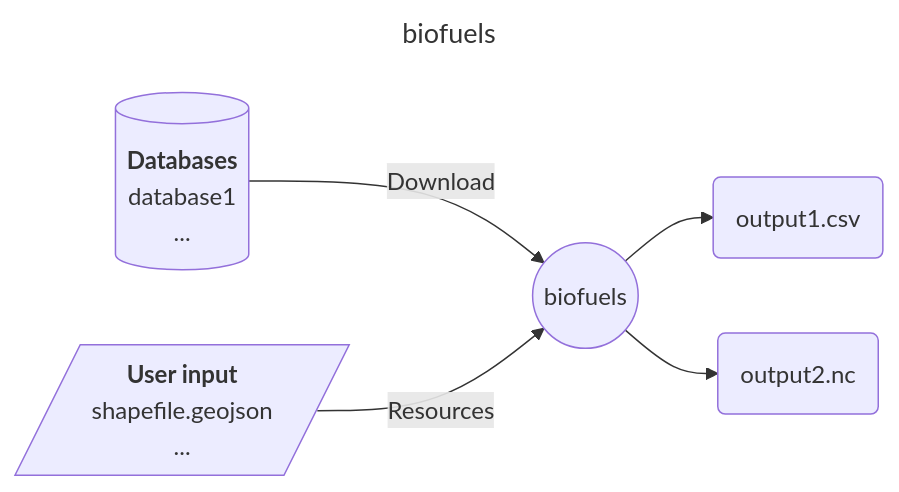
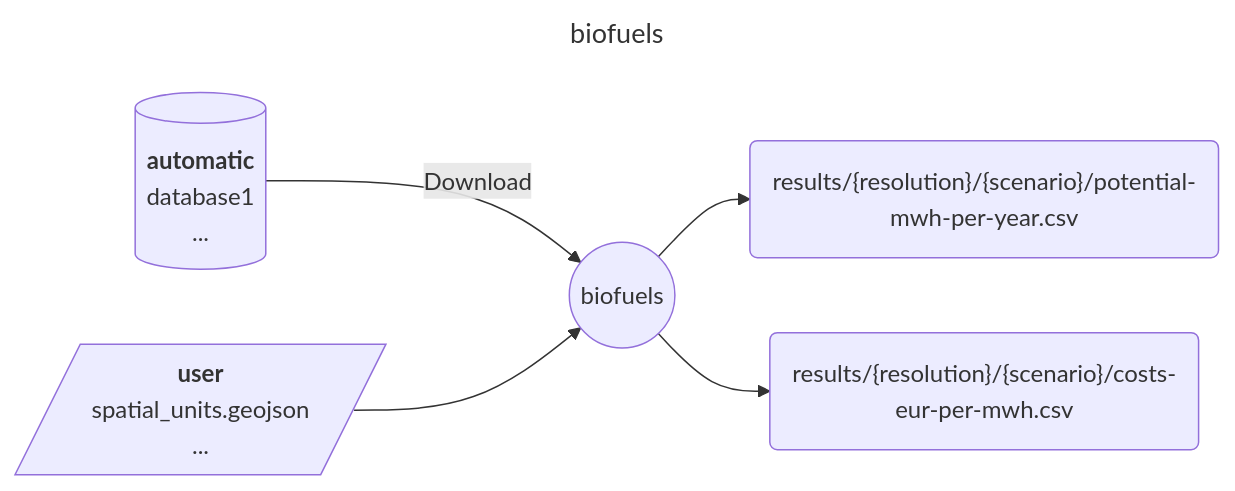
The diagram in modules/biofuels/README.md (calliope-project/ec_modules), drawn with Mermaid before and after one commit. The commit also changed other lines of this file and 3 other files, not shown here.

````diff
--- a/modules/biofuels/README.md
+++ b/modules/biofuels/README.md
@@ -9,20 +9,20 @@
 ```mermaid
 ---
 title: biofuels
 ---
 flowchart LR
-    D1[("`**Databases**
+    D1[("`**automatic**
         database1
         ...
     `")] --> |Download| M
-    C1[/"`**User input**
-        shapefile.geojson
+    C1[/"`**user**
+        spatial_units.geojson
         ...
-    `"/] --> |Resources| M((biofuels))
+    `"/] --> M((biofuels))
     M --> O1("
-        output1.csv
+        results/{resolution}/{scenario}/potential-mwh-per-year.csv
         ")
     M --> O2("
-        output2.nc
+        results/{resolution}/{scenario}/costs-eur-per-mwh.csv
         ")
 ```
````
